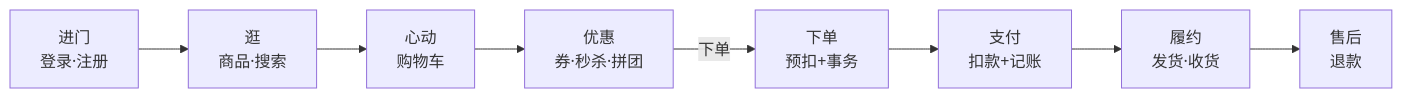
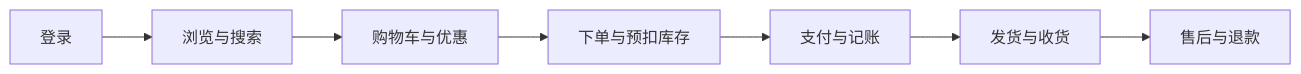
One commit to RedInn7/gomall changed the first of 7 diagrams in docs/lecture/00-overview.md. Above: the diagram before and after it, drawn with Mermaid. The commit also changed other lines of this file and 2 other files, not shown here.

````diff
--- a/docs/lecture/00-overview.md
+++ b/docs/lecture/00-overview.md
@@ -47,10 +33,9 @@
 ```mermaid
 flowchart LR
-    s1["进门<br/>登录·注册"] --> s2["逛<br/>商品·搜索"]
-    s2 --> s3["心动<br/>购物车"]
-    s3 --> s4["优惠<br/>券·秒杀·拼团"]
-    s4 -->|下单| s5["下单<br/>预扣+事务"]
-    s5 --> s6["支付<br/>扣款+记账"]
-    s6 --> s7["履约<br/>发货·收货"]
-    s7 --> s8["售后<br/>退款"]
+    login["登录"] --> browse["浏览与搜索"]
+    browse --> cart["购物车与优惠"]
+    cart --> order["下单与预扣库存"]
+    order --> pay["支付与记账"]
+    pay --> ship["发货与收货"]
+    ship --> refund["售后与退款"]
 ```
````
